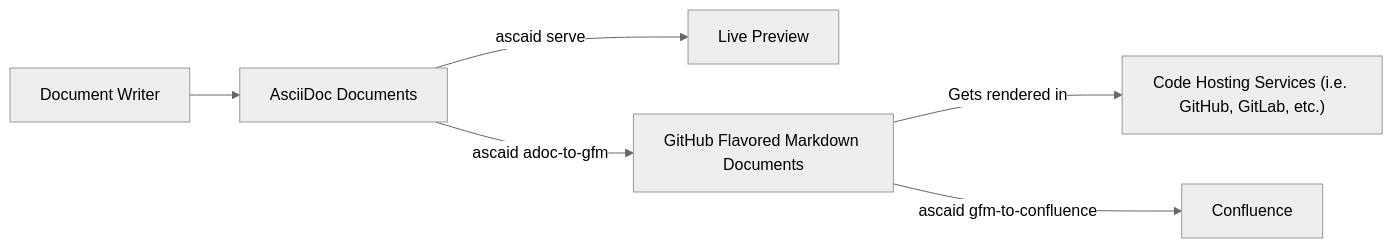
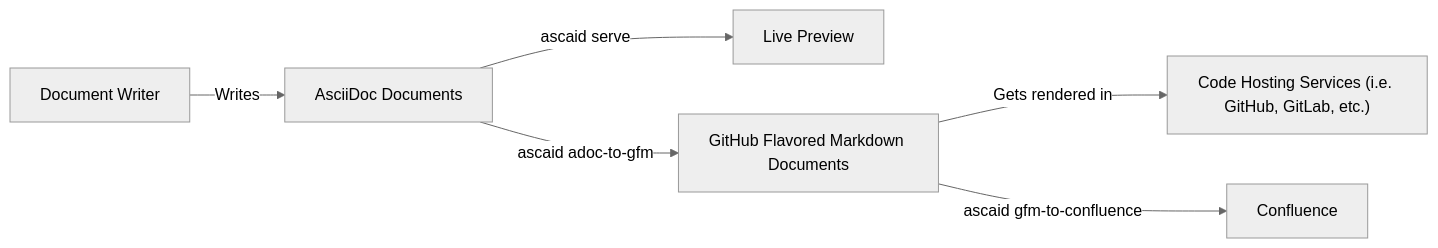
The diagram in adocs/README.adoc (fardjad/node-ascaid), drawn with Mermaid before and after one commit. The commit also changed other lines of this file and 4 other files, not shown here.

```diff
--- a/adocs/README.adoc
+++ b/adocs/README.adoc
@@ -39,10 +39,10 @@
 [mermaid]
 ....
 %%{init: {'theme':'neutral'}}%%
 graph LR
-  Writer["Document Writer"] --> ADOC
+  Writer["Document Writer"] -- Writes --> ADOC
   ADOC -- ascaid serve --> LivePreview["Live Preview"]
   ADOC["AsciiDoc Documents"] -- ascaid adoc-to-gfm --> GFM["GitHub Flavored Markdown Documents"] -- Gets rendered in --> RHS["Code Hosting Services (i.e. GitHub, GitLab, etc.)"]
 
   GFM -- ascaid gfm-to-confluence --> Confluence
 ....
```
